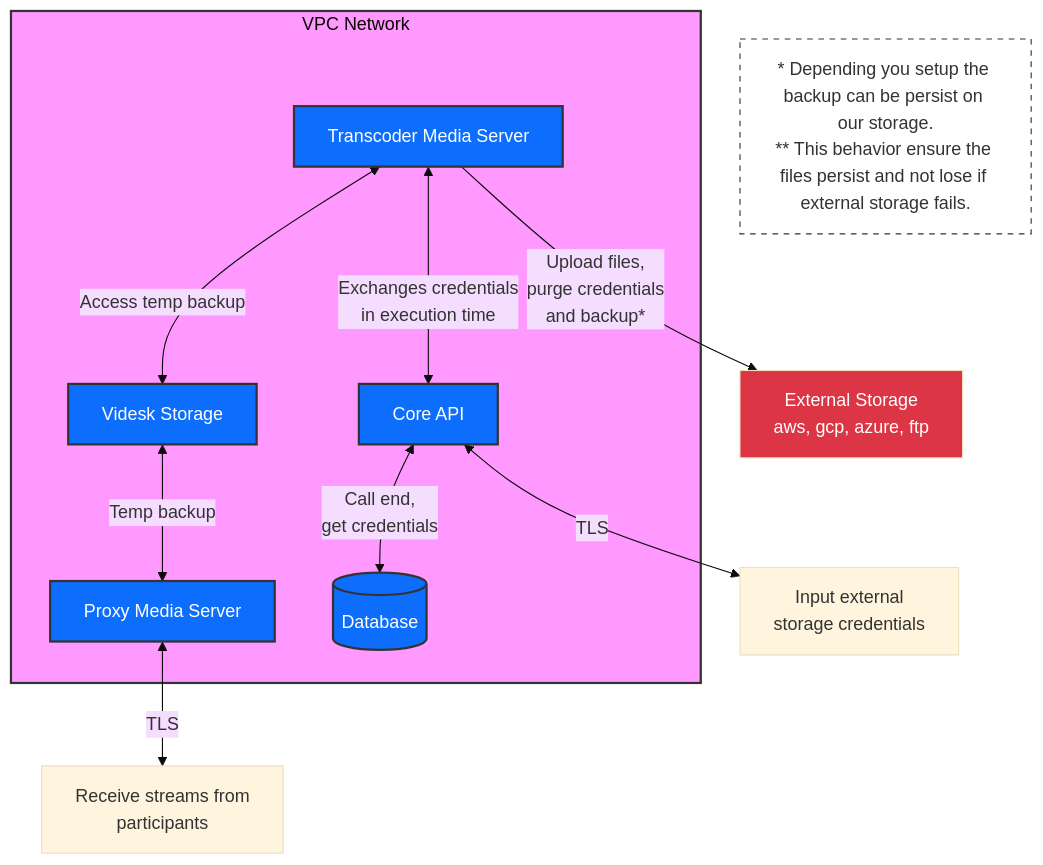
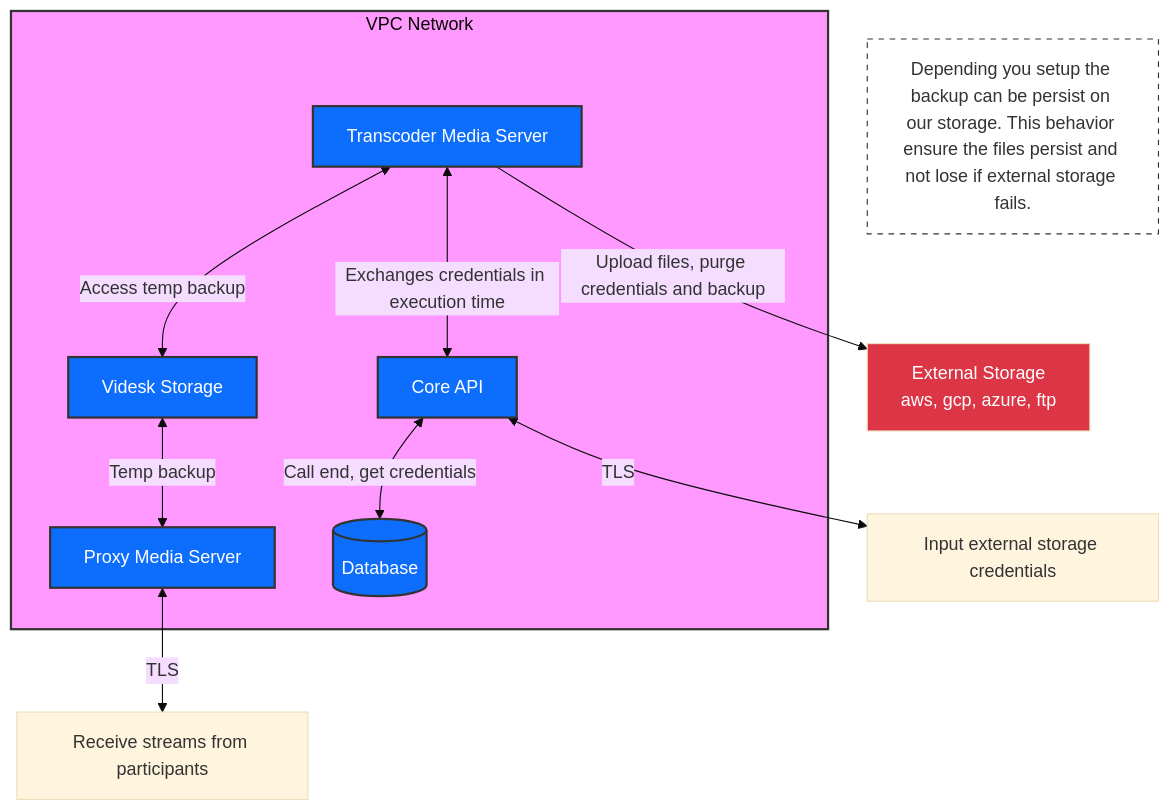
The diagram in grabaciones/cloud/seguridad.md (videsk/developers-docs-es), drawn with Mermaid (base theme) before and after one commit.

Commit message:
GITBOOK-295: change request with no subject merged in GitBook

````diff
--- a/grabaciones/cloud/seguridad.md
+++ b/grabaciones/cloud/seguridad.md
@@ -27,39 +27,39 @@
 ```mermaid
 flowchart TB
     ES[External Storage\naws, gcp, azure, ftp] 
     
     subgraph VPC["VPC Network"]
         TMS[Transcoder Media Server]
         VS[Videsk Storage]
         PMS[Proxy Media Server]
         API[Core API]
         DB[(Database)]
         
         %% Conexiones dentro del VPC
         TMS <--> |Access temp backup| VS
-        TMS <--> |Exchanges credentials\nin execution time| API
-        API <--> |Call end,\nget credentials| DB
+        TMS <--> |Exchanges credentials in execution time| API
+        API <--> |Call end, get credentials| DB
         VS <--> |Temp backup| PMS
     end
     
     %% Conexiones externas
-    TMS --> |Upload files,\npurge credentials\nand backup*| ES
-    API <--> |TLS| External[Input external\nstorage credentials]
-    PMS <--> |TLS| Participants[Receive streams from\nparticipants]
+    TMS --> |Upload files, purge credentials and backup| ES
+    API <--> |TLS| External[Input external storage credentials]
+    PMS <--> |TLS| Participants[Receive streams from participants]
     
     %% Notas sobre cifrado y clusters
     classDef cluster fill:#f9f,stroke:#333,stroke-width:2px
     class TMS,VS,PMS,API,DB cluster
     
     %% Notas
-    note["* Depending you setup the backup can be persist on our storage.\n** This behavior ensure the files persist and not lose if external storage fails."]
+    note["Depending you setup the backup can be persist on our storage. This behavior ensure the files persist and not lose if external storage fails."]
     
     %% Estilo
     classDef storage fill:#DC3545,color:white
     classDef component fill:#0D6EFD,color:white
     classDef note fill:#fff,stroke:#333,stroke-dasharray: 5 5
     
     class ES storage
     class TMS,VS,PMS,API,DB component
     class note note
 ```
````
